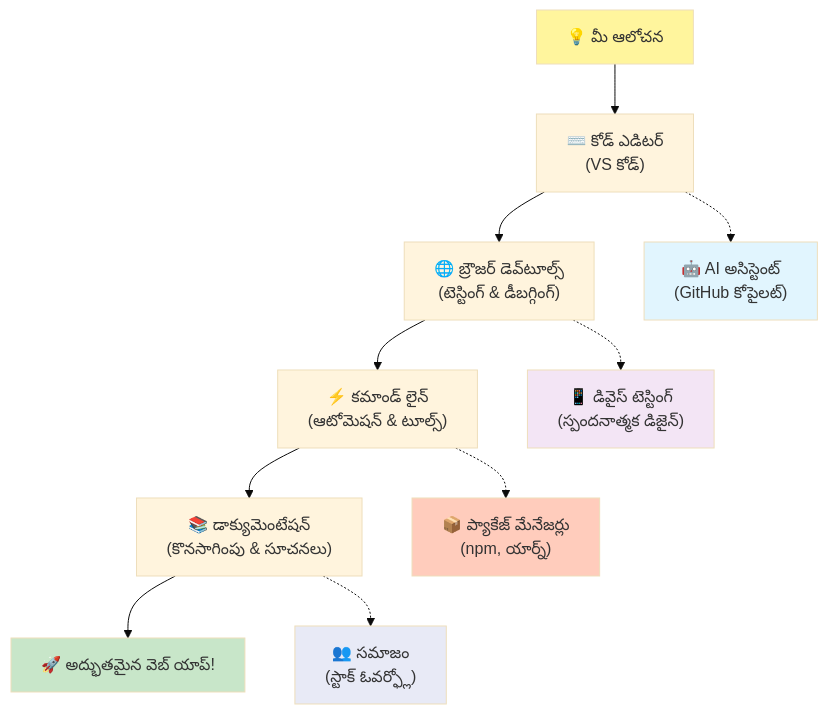
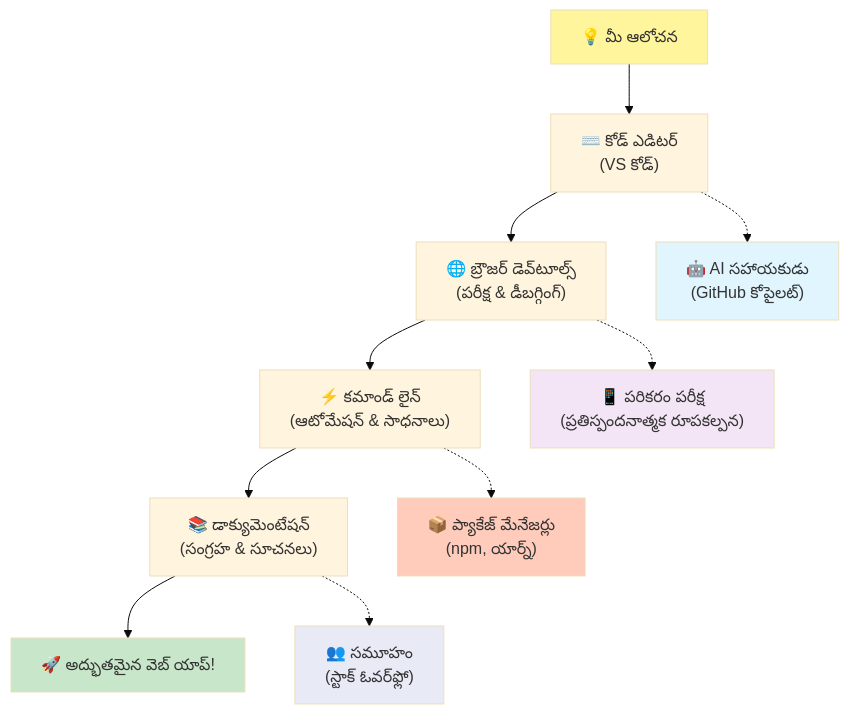
Before and after one commit to microsoft/Web-Dev-For-Beginners: the fifth of 7 diagrams in translations/te/1-getting-started-lessons/1-intro-to-programming-languages/README.md, drawn with Mermaid (base theme). The commit also changed other lines of this file and 13 other files, not shown here.

````diff
--- a/translations/te/1-getting-started-lessons/1-intro-to-programming-languages/README.md
+++ b/translations/te/1-getting-started-lessons/1-intro-to-programming-languages/README.md
@@ -485,20 +486,20 @@
 ```mermaid
 graph TD
     A["💡 మీ ఆలోచన"] --> B["⌨️ కోడ్ ఎడిటర్<br/>(VS కోడ్)"] 
-    B --> C["🌐 బ్రౌజర్ డెవ్‌టూల్స్<br/>(టెస్టింగ్ & డీబగ్గింగ్)"]
-    C --> D["⚡ కమాండ్ లైన్<br/>(ఆటోమెషన్ & టూల్స్)"]
-    D --> E["📚 డాక్యుమెంటేషన్<br/>(కొనసాగింపు & సూచనలు)"]
+    B --> C["🌐 బ్రౌజర్ డెవ్‌టూల్స్<br/>(పరీక్ష & డీబగ్గింగ్)"]
+    C --> D["⚡ కమాండ్ లైన్<br/>(ఆటోమేషన్ & సాధనాలు)"]
+    D --> E["📚 డాక్యుమెంటేషన్<br/>(సంగ్రహ & సూచనలు)"]
     E --> F["🚀 అద్భుతమైన వెబ్ యాప్!"]
     
-    B -.-> G["🤖 AI అసిస్టెంట్<br/>(GitHub కోపైలట్)"]
-    C -.-> H["📱 డివైస్ టెస్టింగ్<br/>(స్పందనాత్మక డిజైన్)"]
+    B -.-> G["🤖 AI సహాయకుడు<br/>(GitHub కోపైలట్)"]
+    C -.-> H["📱 పరికరం పరీక్ష<br/>(ప్రతిస్పందనాత్మక రూపకల్పన)"]
     D -.-> I["📦 ప్యాకేజ్ మేనేజర్లు<br/>(npm, యార్న్)"]
-    E -.-> J["👥 సమాజం<br/>(స్టాక్ ఓవర్ఫ్లో)"]
+    E -.-> J["👥 సమూహం<br/>(స్టాక్ ఓవర్‌ఫ్లో)"]
     
     style A fill:#fff59d
     style F fill:#c8e6c9
     style G fill:#e1f5fe
     style H fill:#f3e5f5
     style I fill:#ffccbc
     style J fill:#e8eaf6
 ```  
````
